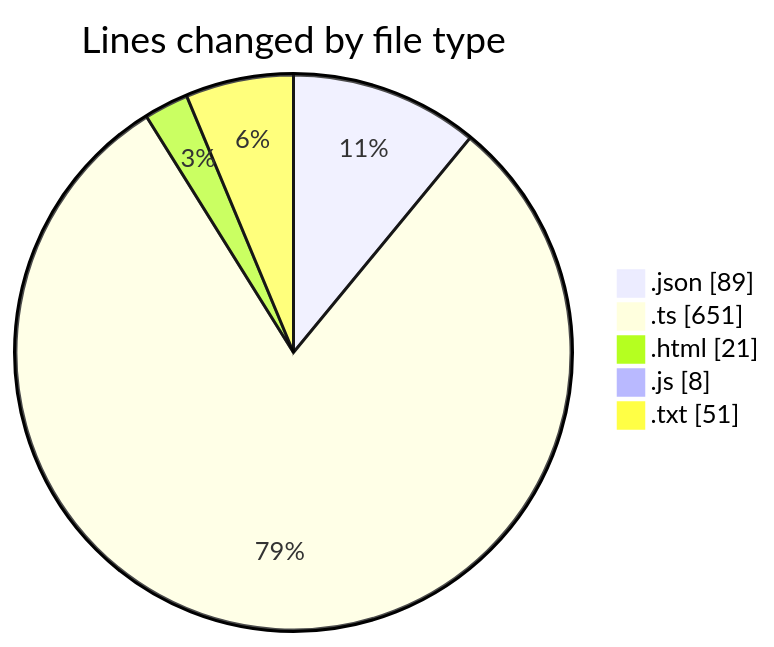
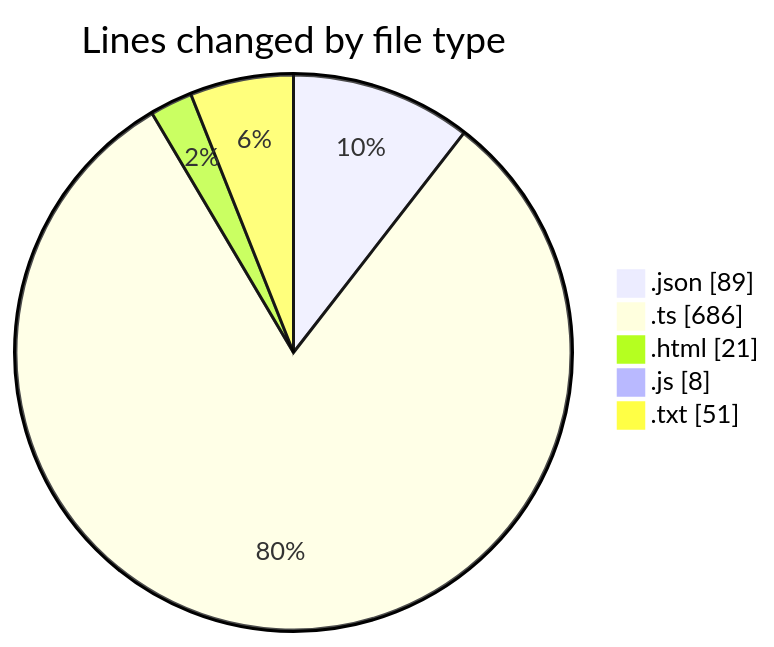
Before and after one commit to tmsrecording-cyber/code-tracking: the first of 2 diagrams in 2026-02-02/singularitybrainai/README.md, drawn with Mermaid. The commit also changed other lines of this file and 1 other file, not shown here.

````diff
--- a/2026-02-02/singularitybrainai/README.md
+++ b/2026-02-02/singularitybrainai/README.md
@@ -28,9 +28,9 @@
 ```mermaid
 pie showData
 title Lines changed by file type
 ".json" : 89
-".ts" : 651
+".ts" : 686
 ".html" : 21
 ".js" : 8
 ".txt" : 51
 ```
````
